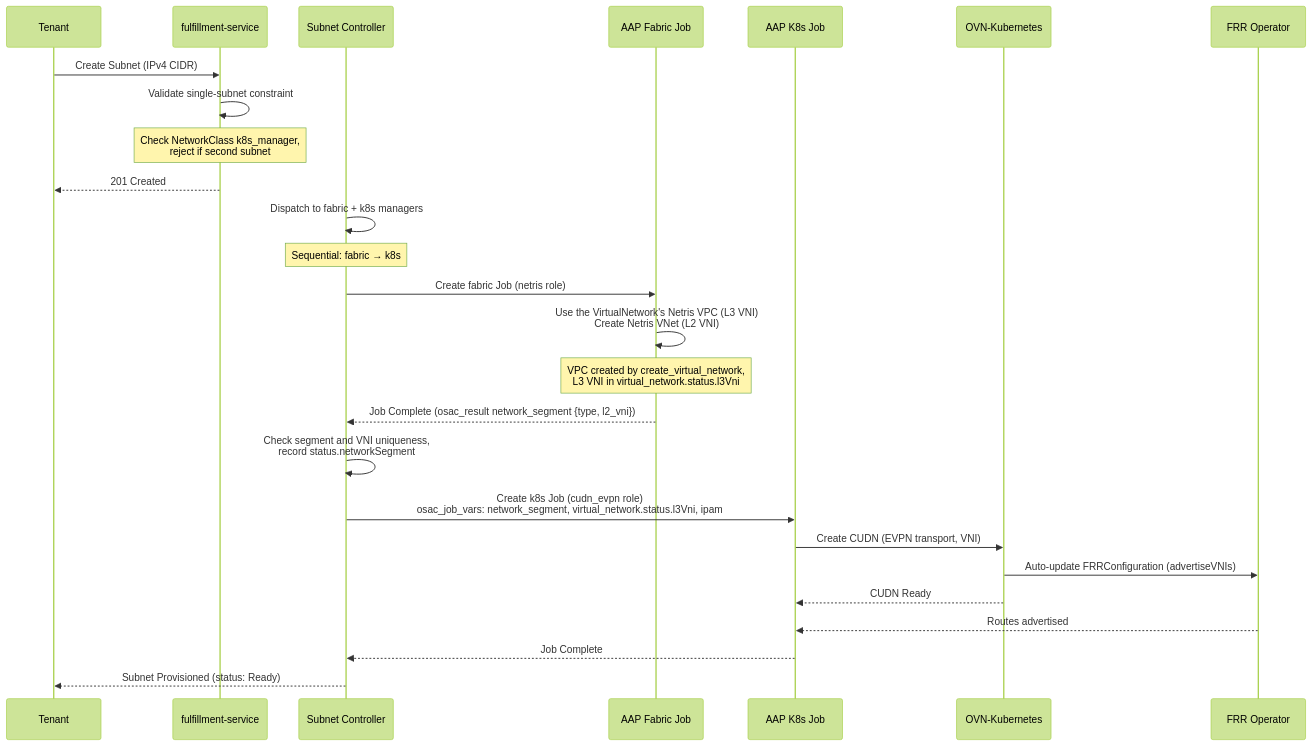
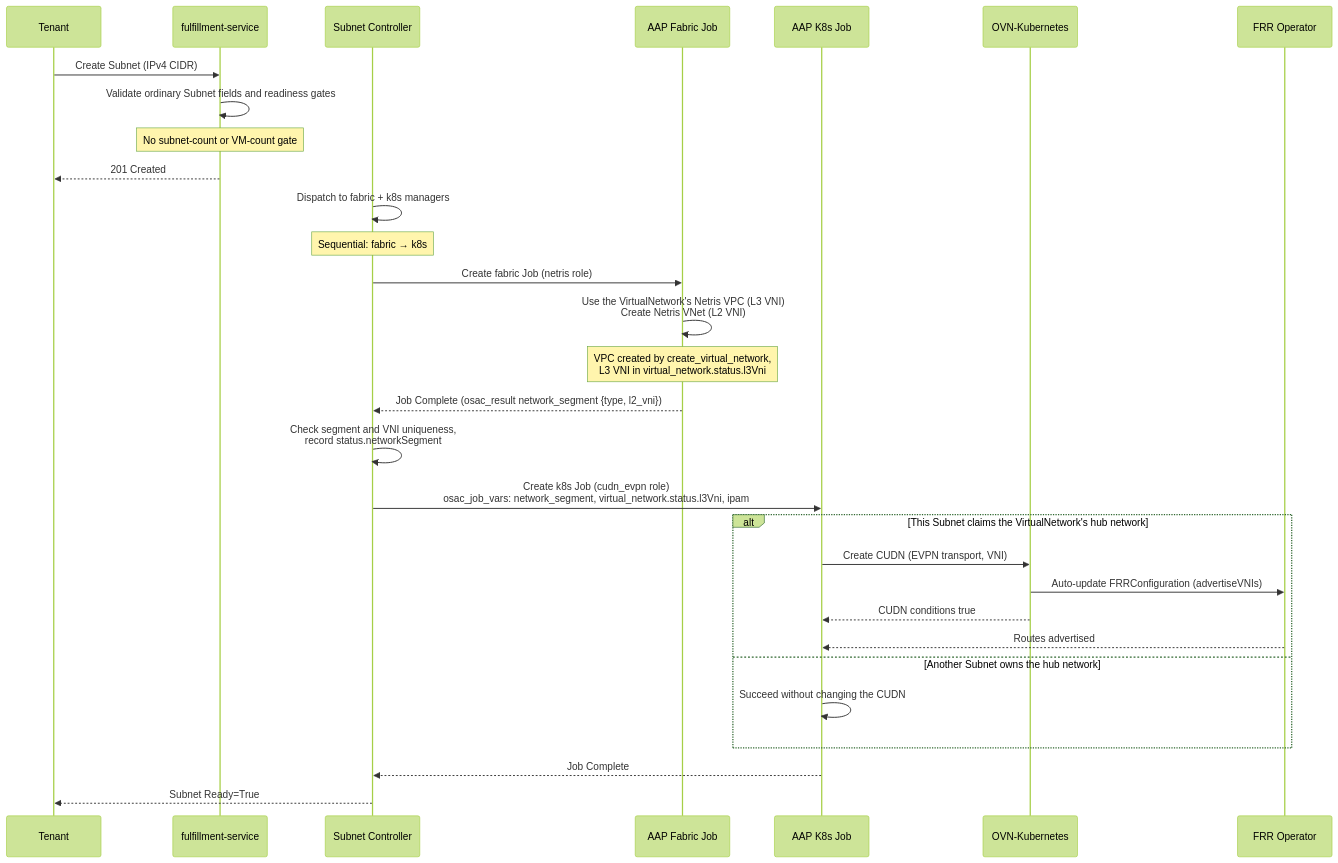
One commit to osac-project/enhancement-proposals changed the diagram in enhancements/OSAC-4291-cudn-evpn-k8s-manager-phase-1-networking/design.md. Above: the diagram before and after it, drawn with Mermaid (forest theme). The commit also changed other lines of this file and 4 other files, not shown here.

````diff
--- a/enhancements/OSAC-4291-cudn-evpn-k8s-manager-phase-1-networking/design.md
+++ b/enhancements/OSAC-4291-cudn-evpn-k8s-manager-phase-1-networking/design.md
@@ -157,34 +159,38 @@
 ```mermaid
 sequenceDiagram
     participant Tenant
     participant API as fulfillment-service
     participant Controller as Subnet Controller
     participant AAP as AAP Fabric Job
     participant K8s as AAP K8s Job
     participant OVN as OVN-Kubernetes
     participant FRR as FRR Operator
 
     Tenant->>API: Create Subnet (IPv4 CIDR)
-    API->>API: Validate single-subnet constraint
-    Note over API: Check NetworkClass k8s_manager,<br/>reject if second subnet
+    API->>API: Validate ordinary Subnet fields and readiness gates
+    Note over API: No subnet-count or VM-count gate
     API-->>Tenant: 201 Created
 
     Controller->>Controller: Dispatch to fabric + k8s managers
     Note over Controller: Sequential: fabric → k8s
 
     Controller->>AAP: Create fabric Job (netris role)
     AAP->>AAP: Use the VirtualNetwork's Netris VPC (L3 VNI)<br/>Create Netris VNet (L2 VNI)
     Note over AAP: VPC created by create_virtual_network,<br/>L3 VNI in virtual_network.status.l3Vni
     AAP-->>Controller: Job Complete (osac_result network_segment {type, l2_vni})
 
     Controller->>Controller: Check segment and VNI uniqueness,<br/>record status.networkSegment
     Controller->>K8s: Create k8s Job (cudn_evpn role)<br/>osac_job_vars: network_segment, virtual_network.status.l3Vni, ipam
 
-    K8s->>OVN: Create CUDN (EVPN transport, VNI)
-    OVN->>FRR: Auto-update FRRConfiguration (advertiseVNIs)
-    OVN-->>K8s: CUDN Ready
-    FRR-->>K8s: Routes advertised
+    alt This Subnet claims the VirtualNetwork's hub network
+        K8s->>OVN: Create CUDN (EVPN transport, VNI)
+        OVN->>FRR: Auto-update FRRConfiguration (advertiseVNIs)
+        OVN-->>K8s: CUDN conditions true
+        FRR-->>K8s: Routes advertised
+    else Another Subnet owns the hub network
+        K8s->>K8s: Succeed without changing the CUDN
+    end
     K8s-->>Controller: Job Complete
 
-    Controller-->>Tenant: Subnet Provisioned (status: Ready)
+    Controller-->>Tenant: Subnet Ready=True
 ```
````
